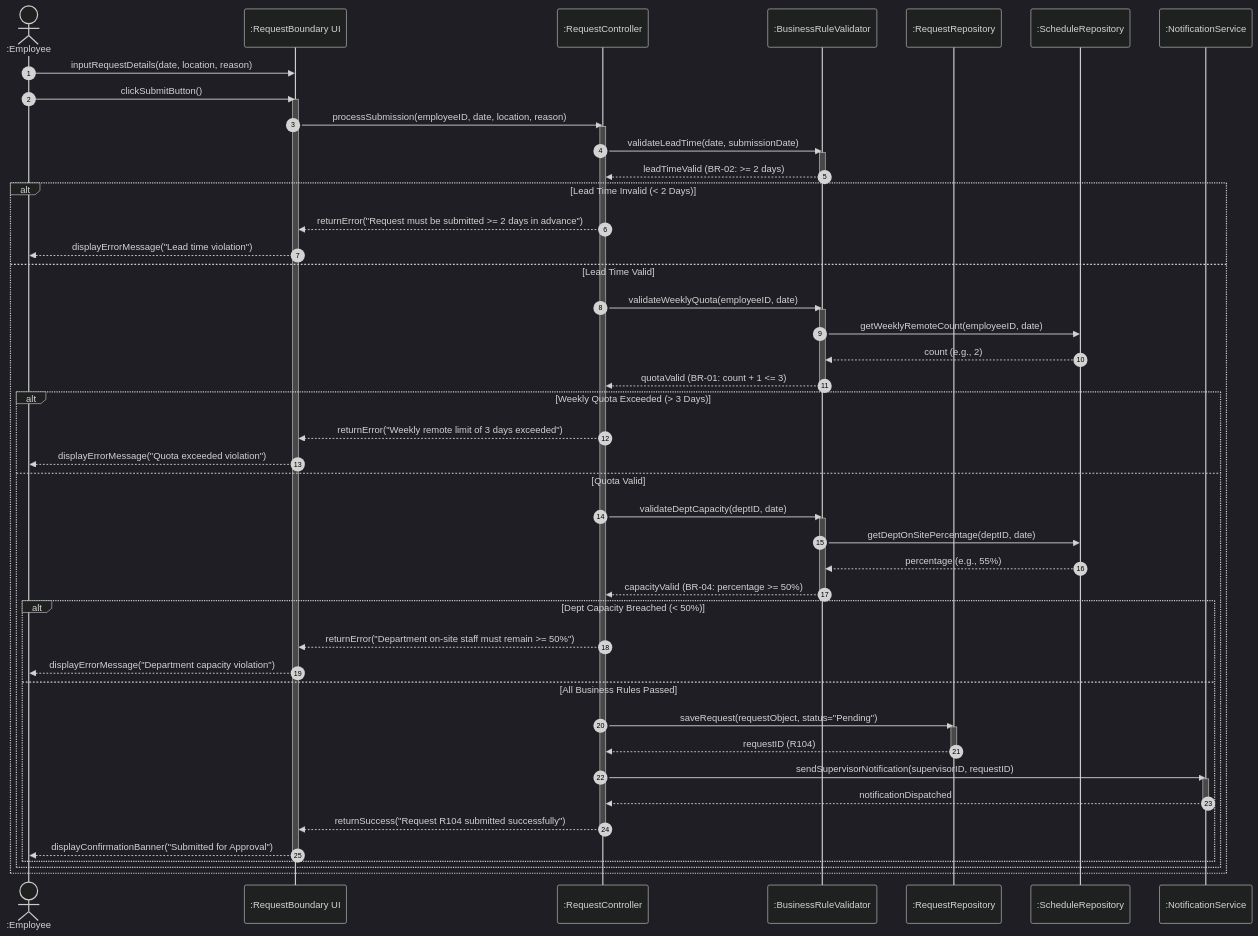
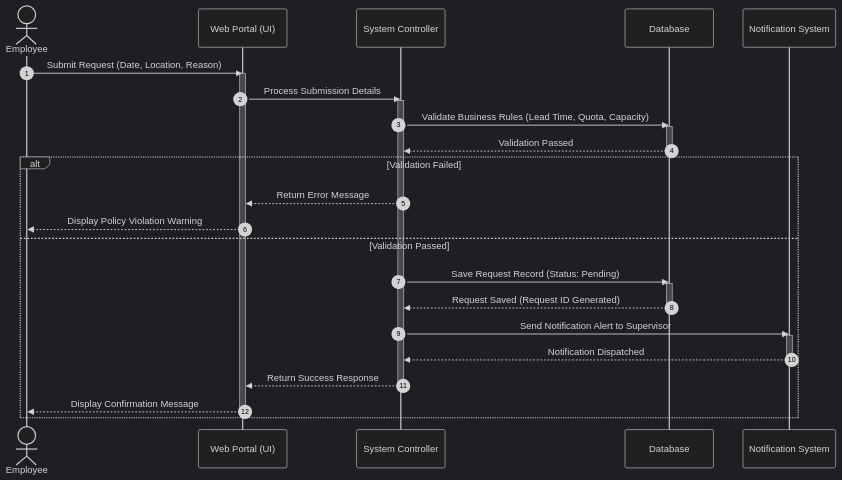
One commit to wendy0005/assignment changed the first of 2 diagrams in current_sem/BCL1233 - System Analysis/assignment/20260805_BCL1233_Final/BCL1233_FinalAssessment_Answers.md. Above: the diagram before and after it, drawn with Mermaid (dark theme). The commit also changed other lines of this file and 3 other files, not shown here.

````diff
--- a/current_sem/BCL1233 - System Analysis/assignment/20260805_BCL1233_Final/BCL1233_FinalAssessment_Answers.md
+++ b/current_sem/BCL1233 - System Analysis/assignment/20260805_BCL1233_Final/BCL1233_FinalAssessment_Answers.md
@@ -204,66 +99,39 @@
 ```mermaid
 sequenceDiagram
     autonumber
-    actor Employee as :Employee
-    participant UI as :RequestBoundary UI
-    participant Ctrl as :RequestController
-    participant Val as :BusinessRuleValidator
-    participant ReqRepo as :RequestRepository
-    participant SchRepo as :ScheduleRepository
-    participant Notif as :NotificationService
+    actor Employee as Employee
+    participant UI as Web Portal (UI)
+    participant System as System Controller
+    participant DB as Database
+    participant Notif as Notification System
 
-    Employee->>UI: inputRequestDetails(date, location, reason)
-    Employee->>UI: clickSubmitButton()
+    Employee->>UI: Submit Request (Date, Location, Reason)
     activate UI
-    UI->>Ctrl: processSubmission(employeeID, date, location, reason)
-    activate Ctrl
+    UI->>System: Process Submission Details
+    activate System
     
-    Ctrl->>Val: validateLeadTime(date, submissionDate)
-    activate Val
-    Val-->>Ctrl: leadTimeValid (BR-02: >= 2 days)
-    deactivate Val
+    System->>DB: Validate Business Rules (Lead Time, Quota, Capacity)
+    activate DB
+    DB-->>System: Validation Passed
+    deactivate DB
     
-    alt Lead Time Invalid (< 2 Days)
-        Ctrl-->>UI: returnError("Request must be submitted >= 2 days in advance")
-        UI-->>Employee: displayErrorMessage("Lead time violation")
-    else Lead Time Valid
-        Ctrl->>Val: validateWeeklyQuota(employeeID, date)
-        activate Val
-        Val->>SchRepo: getWeeklyRemoteCount(employeeID, date)
-        SchRepo-->>Val: count (e.g., 2)
-        Val-->>Ctrl: quotaValid (BR-01: count + 1 <= 3)
-        deactivate Val
+    alt Validation Failed
+        System-->>UI: Return Error Message
+        UI-->>Employee: Display Policy Violation Warning
+    else Validation Passed
+        System->>DB: Save Request Record (Status: Pending)
+        activate DB
+        DB-->>System: Request Saved (Request ID Generated)
+        deactivate DB
         
-        alt Weekly Quota Exceeded (> 3 Days)
-            Ctrl-->>UI: returnError("Weekly remote limit of 3 days exceeded")
-            UI-->>Employee: displayErrorMessage("Quota exceeded violation")
-        else Quota Valid
-            Ctrl->>Val: validateDeptCapacity(deptID, date)
-            activate Val
-            Val->>SchRepo: getDeptOnSitePercentage(deptID, date)
-            SchRepo-->>Val: percentage (e.g., 55%)
-            Val-->>Ctrl: capacityValid (BR-04: percentage >= 50%)
-            deactivate Val
-            
-            alt Dept Capacity Breached (< 50%)
-                Ctrl-->>UI: returnError("Department on-site staff must remain >= 50%")
-                UI-->>Employee: displayErrorMessage("Department capacity violation")
-            else All Business Rules Passed
-                Ctrl->>ReqRepo: saveRequest(requestObject, status="Pending")
-                activate ReqRepo
-                ReqRepo-->>Ctrl: requestID (R104)
-                deactivate ReqRepo
-                
-                Ctrl->>Notif: sendSupervisorNotification(supervisorID, requestID)
-                activate Notif
-                Notif-->>Ctrl: notificationDispatched
-                deactivate Notif
-                
-                Ctrl-->>UI: returnSuccess("Request R104 submitted successfully")
-                deactivate Ctrl
-                UI-->>Employee: displayConfirmationBanner("Submitted for Approval")
-                deactivate UI
-            end
-        end
+        System->>Notif: Send Notification Alert to Supervisor
+        activate Notif
+        Notif-->>System: Notification Dispatched
+        deactivate Notif
+        
+        System-->>UI: Return Success Response
+        deactivate System
+        UI-->>Employee: Display Confirmation Message
+        deactivate UI
     end
 ```
````
